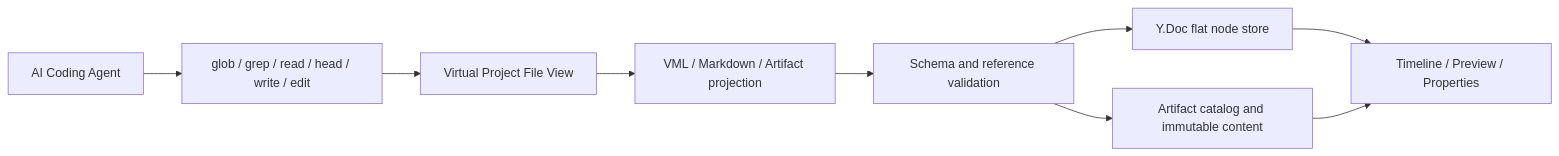
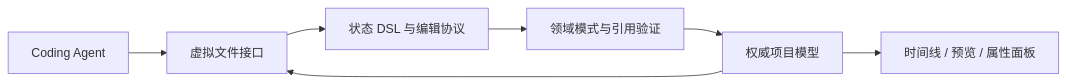
The first of 3 diagrams in papers/zh/article-edit-video-as-code.md (starrank-soft/stardocs), drawn with Mermaid before and after one commit. The commit also changed other lines of this file and 1 other file, not shown here.

Commit message:
docs: clarify Edit Video as Code boundaries

````diff
--- a/papers/zh/article-edit-video-as-code.md
+++ b/papers/zh/article-edit-video-as-code.md
@@ -213,11 +209,9 @@
 ```mermaid
 flowchart LR
-    AI["AI Coding Agent"] --> Tools["glob / grep / read / head / write / edit"]
-    Tools --> View["Virtual Project File View"]
-    View --> VML["VML / Markdown / Artifact projection"]
-    VML --> Domain["Schema and reference validation"]
-    Domain --> YDoc["Y.Doc flat node store"]
-    Domain --> Artifact["Artifact catalog and immutable content"]
-    YDoc --> Editor["Timeline / Preview / Properties"]
-    Artifact --> Editor
+    AI["Coding Agent"] --> Files["虚拟文件接口"]
+    Files --> Protocol["状态 DSL 与编辑协议"]
+    Protocol --> Validation["领域模式与引用验证"]
+    Validation --> Model["权威项目模型"]
+    Model --> Editor["时间线 / 预览 / 属性面板"]
+    Model --> Files
 ```
````
